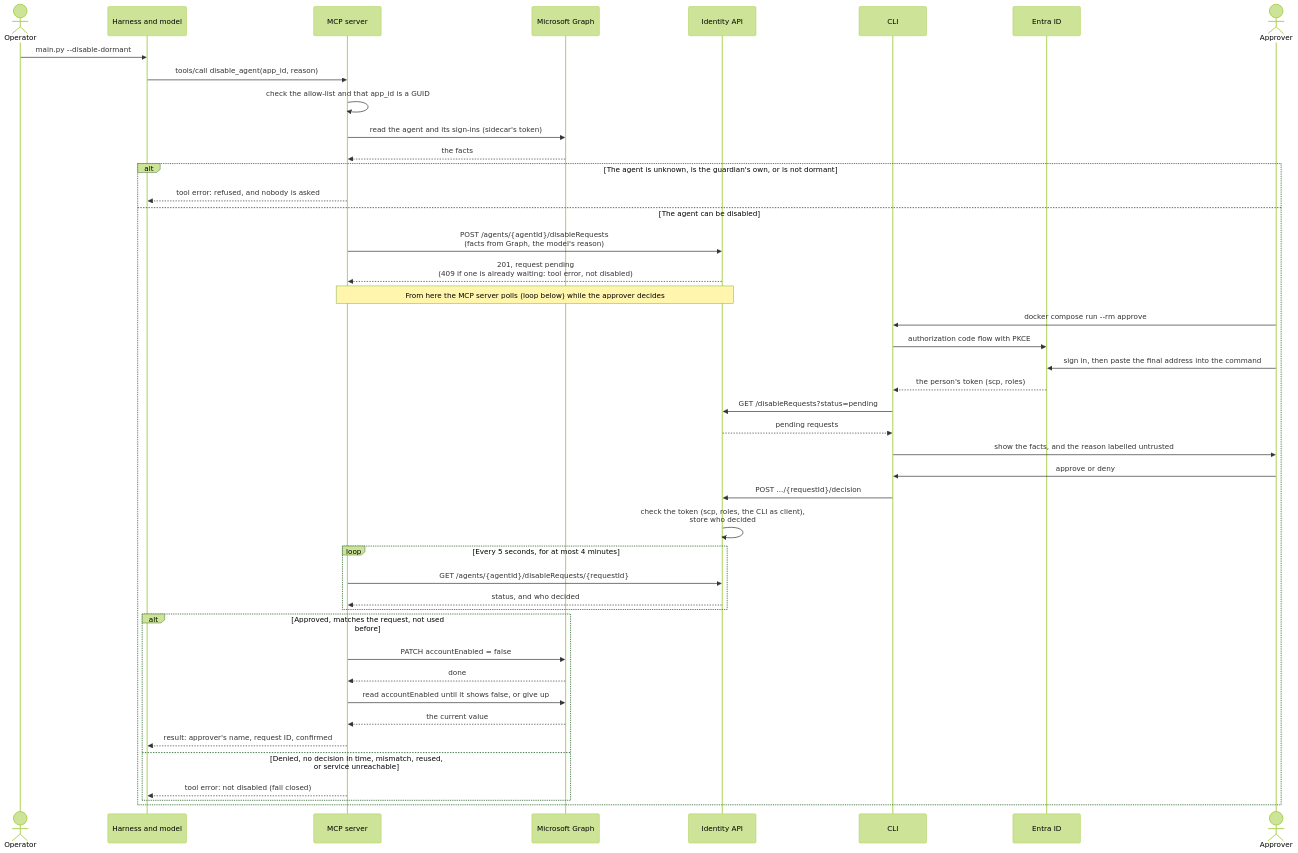
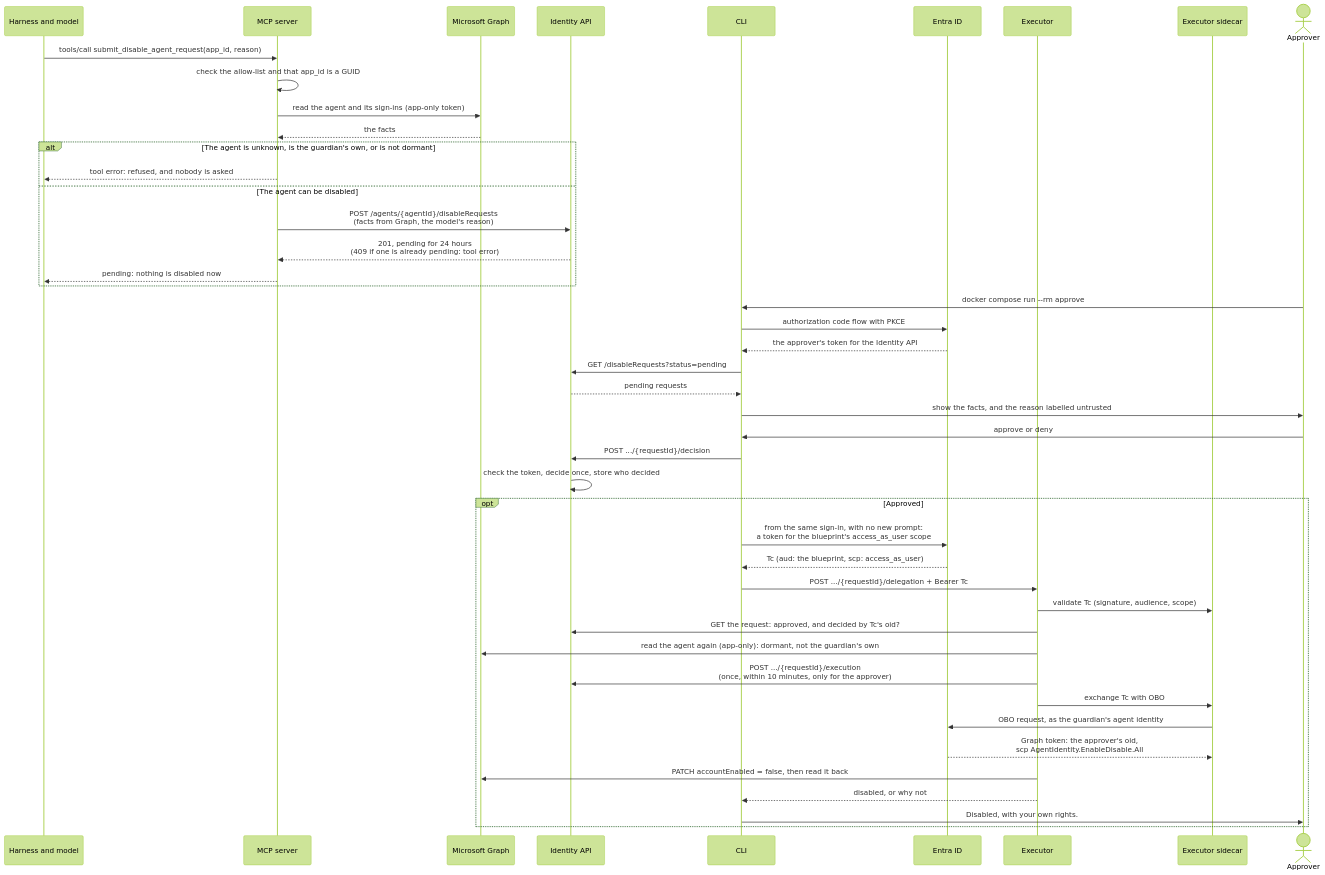
Before and after one commit to alireza-mpr/agent-steward: the third of 4 diagrams in docs/agent-steward-architecture.md, drawn with Mermaid (forest theme). The commit also changed other lines of this file and 15 other files, not shown here.

First line of the commit message:
docs: the agent proposes, the approver decides: executor, OBO, no app-only write role

````diff
--- a/docs/agent-steward-architecture.md
+++ b/docs/agent-steward-architecture.md
@@ -165,51 +175,50 @@
 ```mermaid
 sequenceDiagram
-    actor O as Operator
     participant H as Harness and model
     participant M as MCP server
     participant G as Microsoft Graph
     participant A as Identity API
     participant C as CLI
     participant E as Entra ID
+    participant X as Executor
+    participant S as Executor sidecar
     actor P as Approver
 
-    O->>H: main.py --disable-dormant
-    H->>M: tools/call disable_agent(app_id, reason)
+    H->>M: tools/call submit_disable_agent_request(app_id, reason)
     M->>M: check the allow-list and that app_id is a GUID
-    M->>G: read the agent and its sign-ins (sidecar's token)
+    M->>G: read the agent and its sign-ins (app-only token)
     G-->>M: the facts
-
     alt The agent is unknown, is the guardian's own, or is not dormant
         M-->>H: tool error: refused, and nobody is asked
     else The agent can be disabled
         M->>A: POST /agents/{agentId}/disableRequests<br/>(facts from Graph, the model's reason)
-        A-->>M: 201, request pending<br/>(409 if one is already waiting: tool error, not disabled)
-        Note over M,A: From here the MCP server polls (loop below) while the approver decides
+        A-->>M: 201, pending for 24 hours<br/>(409 if one is already pending: tool error)
+        M-->>H: pending: nothing is disabled now
+    end
 
-        P->>C: docker compose run --rm approve
-        C->>E: authorization code flow with PKCE
-        P->>E: sign in, then paste the final address into the command
-        E-->>C: the person's token (scp, roles)
-        C->>A: GET /disableRequests?status=pending
-        A-->>C: pending requests
-        C->>P: show the facts, and the reason labelled untrusted
-        P->>C: approve or deny
-        C->>A: POST .../{requestId}/decision
-        A->>A: check the token (scp, roles, the CLI as client),<br/>store who decided
+    P->>C: docker compose run --rm approve
+    C->>E: authorization code flow with PKCE
+    E-->>C: the approver's token for the Identity API
+    C->>A: GET /disableRequests?status=pending
+    A-->>C: pending requests
+    C->>P: show the facts, and the reason labelled untrusted
+    P->>C: approve or deny
+    C->>A: POST .../{requestId}/decision
+    A->>A: check the token, decide once, store who decided
 
-        loop Every 5 seconds, for at most 4 minutes
-            M->>A: GET /agents/{agentId}/disableRequests/{requestId}
-            A-->>M: status, and who decided
-        end
-
-        alt Approved, matches the request, not used before
-            M->>G: PATCH accountEnabled = false
-            G-->>M: done
-            M->>G: read accountEnabled until it shows false, or give up
-            G-->>M: the current value
-            M-->>H: result: approver's name, request ID, confirmed
-        else Denied, no decision in time, mismatch, reused, or service unreachable
-            M-->>H: tool error: not disabled (fail closed)
-        end
+    opt Approved
+        C->>E: from the same sign-in, with no new prompt:<br/>a token for the blueprint's access_as_user scope
+        E-->>C: Tc (aud: the blueprint, scp: access_as_user)
+        C->>X: POST .../{requestId}/delegation + Bearer Tc
+        X->>S: validate Tc (signature, audience, scope)
+        X->>A: GET the request: approved, and decided by Tc's oid?
+        X->>G: read the agent again (app-only): dormant, not the guardian's own
+        X->>A: POST .../{requestId}/execution<br/>(once, within 10 minutes, only for the approver)
+        X->>S: exchange Tc with OBO
+        S->>E: OBO request, as the guardian's agent identity
+        E-->>S: Graph token: the approver's oid,<br/>scp AgentIdentity.EnableDisable.All
+        X->>G: PATCH accountEnabled = false, then read it back
+        X-->>C: disabled, or why not
+        C->>P: Disabled, with your own rights.
     end
 ```
````
